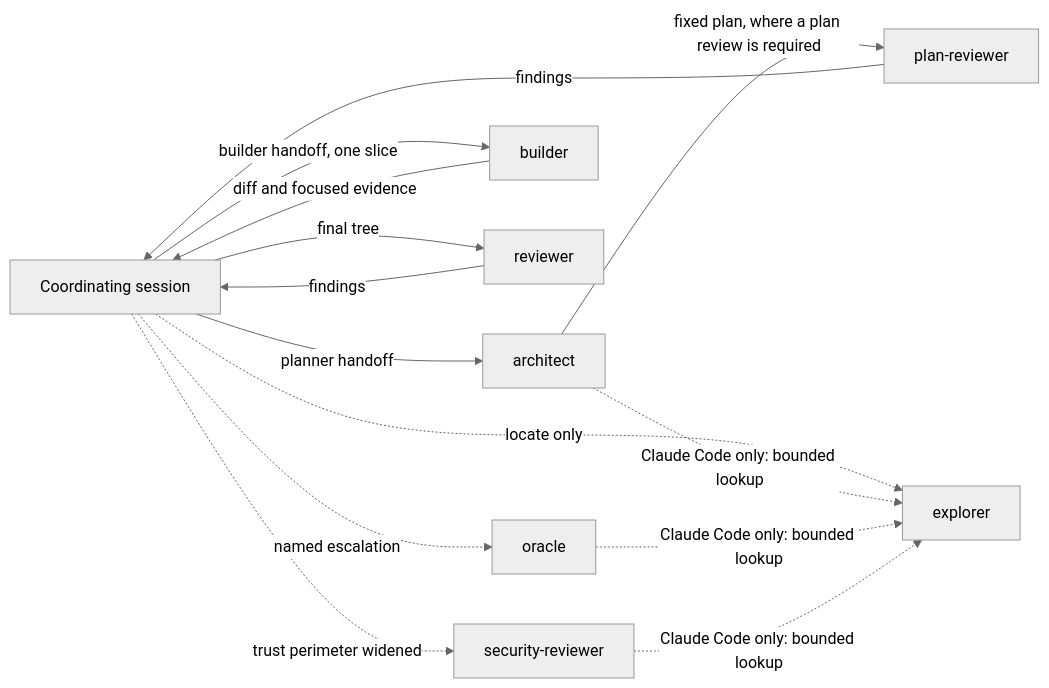
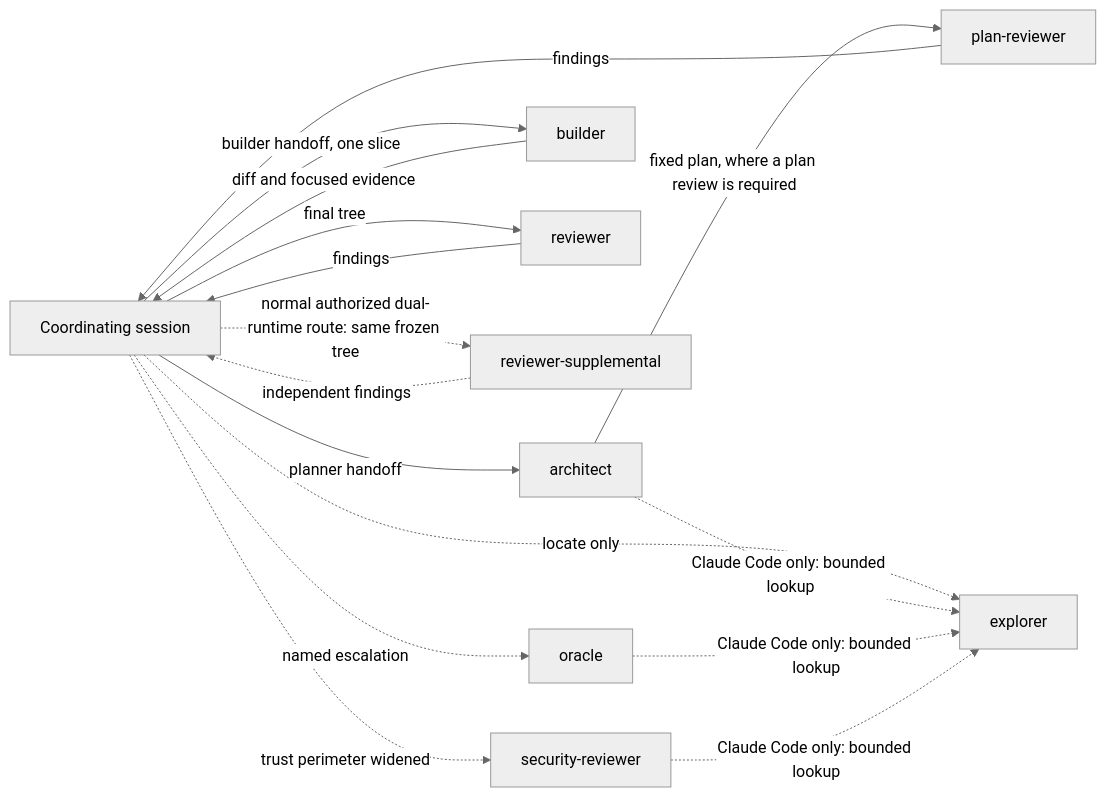
The diagram in docs/AI-WORKFLOW-seats.md (zaingulel/kestrel), drawn with Mermaid (neutral theme) before and after one commit. The commit also changed other lines of this file and 277 other files, not shown here.

````diff
--- a/docs/AI-WORKFLOW-seats.md
+++ b/docs/AI-WORKFLOW-seats.md
@@ -39,26 +41,29 @@
 ```mermaid
 flowchart LR
     accTitle: Who hands what to whom between the seats
-    accDescr: The coordinating session hands work to the architect, plan reviewer, builder and reviewer, and calls the security reviewer, explorer and oracle only when their condition holds.
+    accDescr: The coordinating session hands work to the architect, plan reviewer, builder and primary reviewer. The normal authorized dual-runtime route also calls the supplemental reviewer. Security reviewer, explorer and oracle dispatches remain conditional.
     O[Coordinating session]
     O -->|planner handoff| A[architect]
     A -->|fixed plan, where a plan review is required| PR[plan-reviewer]
     PR -->|findings| O
     O -->|builder handoff, one slice| B[builder]
     B -->|diff and focused evidence| O
     O -->|final tree| R[reviewer]
     R -->|findings| O
+    O -.->|normal authorized dual-runtime route: same frozen tree| RS[reviewer-supplemental]
+    RS -.->|independent findings| O
     O -.->|trust perimeter widened| S[security-reviewer]
     O -.->|locate only| E[explorer]
     O -.->|named escalation| X[oracle]
     A -.->|Claude Code only: bounded lookup| E
     X -.->|Claude Code only: bounded lookup| E
     S -.->|Claude Code only: bounded lookup| E
     click A href "/.claude/agents/architect"
     click PR href "/.claude/agents/plan-reviewer"
     click B href "/.claude/agents/builder"
     click R href "/.claude/agents/reviewer"
+    click RS href "/.claude/agents/reviewer-supplemental"
     click S href "/.claude/agents/security-reviewer"
     click E href "/.claude/agents/explorer"
     click X href "/.claude/agents/oracle"
 ```
````
